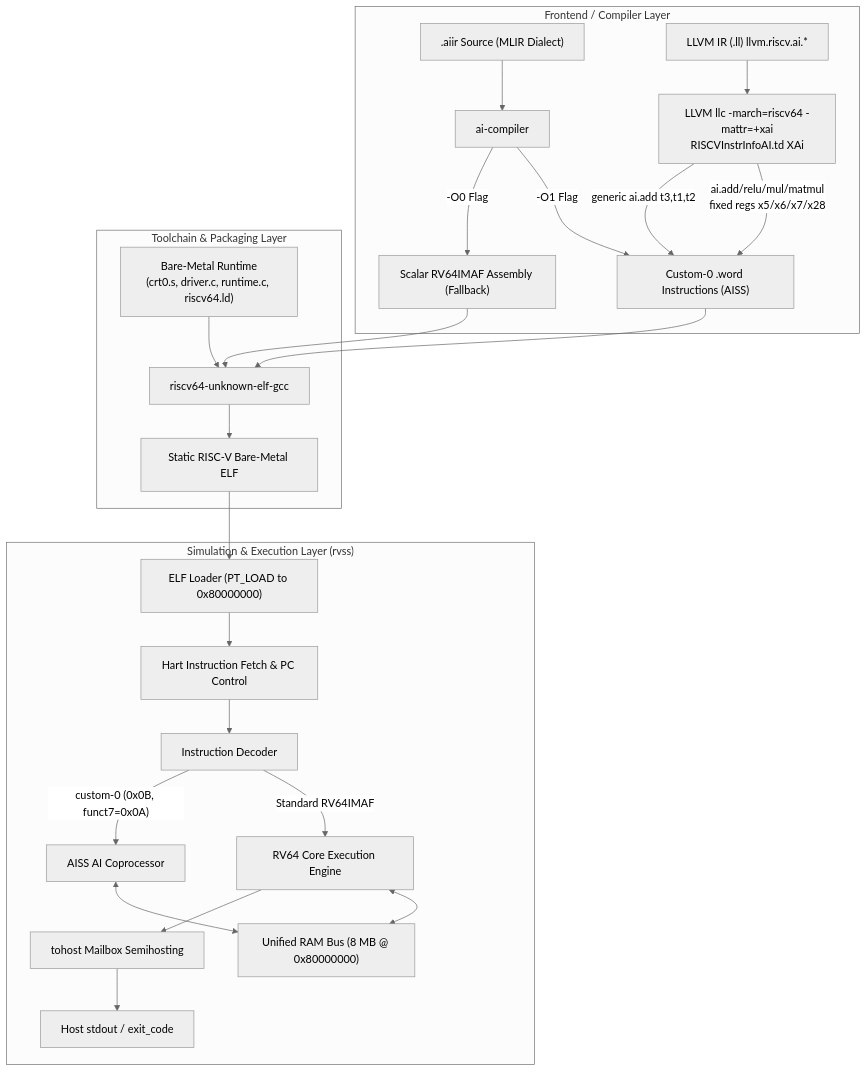
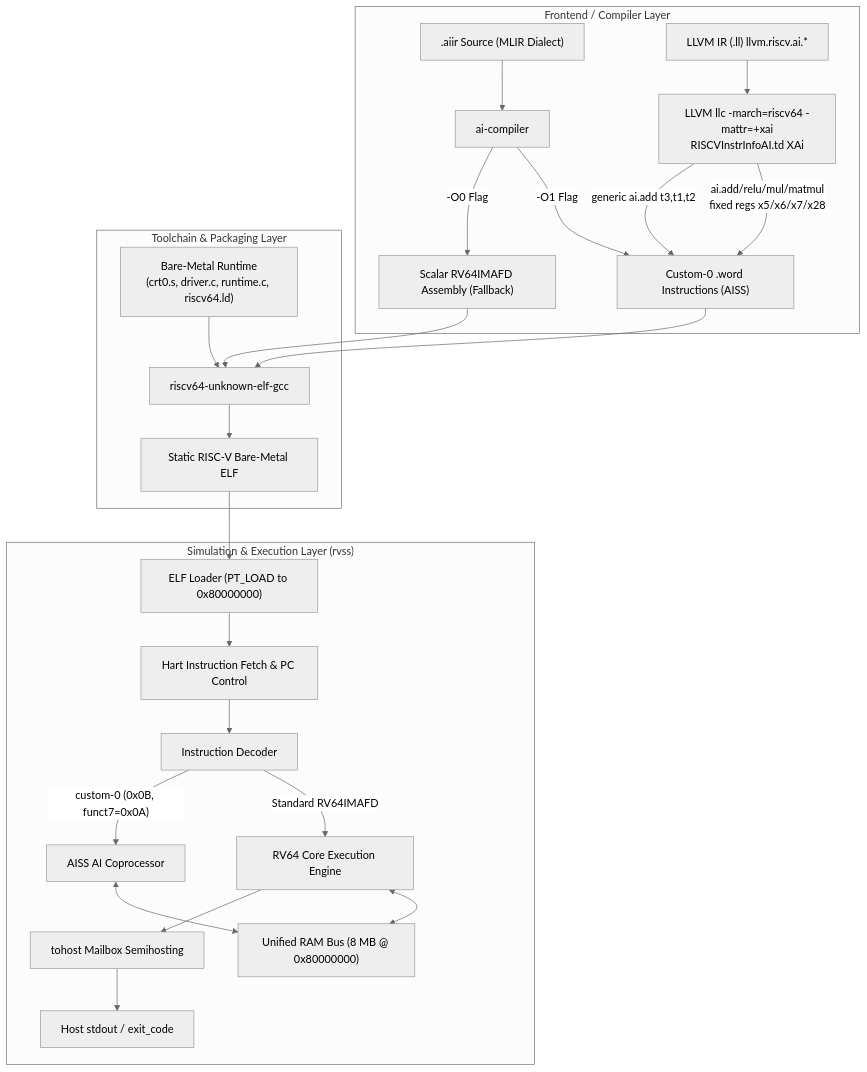
The diagram in architecture.md (ryan1234814/main_project), drawn with Mermaid (neutral theme) before and after one commit. The commit also changed other lines of this file and 37 other files, not shown here.

````diff
--- a/architecture.md
+++ b/architecture.md
@@ -72,30 +72,30 @@
 ```mermaid
 flowchart TD
     subgraph Frontend["Frontend / Compiler Layer"]
         A[".aiir Source (MLIR Dialect)"] --> B["ai-compiler"]
         A2["LLVM IR (.ll) llvm.riscv.ai.*"] --> B2["LLVM llc -march=riscv64 -mattr=+xai<br/>RISCVInstrInfoAI.td XAi"]
         B -->|"-O1 Flag"| C["Custom-0 .word Instructions (AISS)"]
-        B -->|"-O0 Flag"| D["Scalar RV64IMAF Assembly (Fallback)"]
+        B -->|"-O0 Flag"| D["Scalar RV64IMAFD Assembly (Fallback)"]
         B2 -->|"ai.add/relu/mul/matmul<br/>fixed regs x5/x6/x7/x28"| C
         B2 -->|"generic ai.add t3,t1,t2"| C
     end
 
     subgraph BuildLayer["Toolchain & Packaging Layer"]
         C --> E["riscv64-unknown-elf-gcc"]
         D --> E
         RT["Bare-Metal Runtime<br/>(crt0.s, driver.c, runtime.c, riscv64.ld)"] --> E
         E --> F["Static RISC-V Bare-Metal ELF"]
     end
 
     subgraph SimLayer["Simulation & Execution Layer (rvss)"]
         F --> G["ELF Loader (PT_LOAD to 0x80000000)"]
         G --> H["Hart Instruction Fetch & PC Control"]
         H --> I["Instruction Decoder"]
-        I -->|"Standard RV64IMAF"| J["RV64 Core Execution Engine"]
+        I -->|"Standard RV64IMAFD"| J["RV64 Core Execution Engine"]
         I -->|"custom-0 (0x0B, funct7=0x0A)"| K["AISS AI Coprocessor"]
         J <--> M["Unified RAM Bus (8 MB @ 0x80000000)"]
         K <--> M
         J --> N["tohost Mailbox Semihosting"]
         N --> O["Host stdout / exit_code"]
     end
 ```
````
